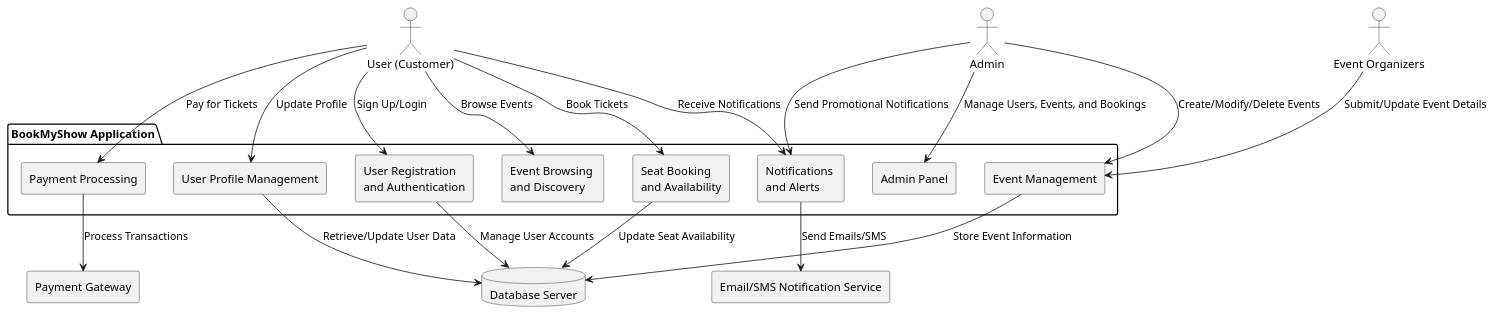
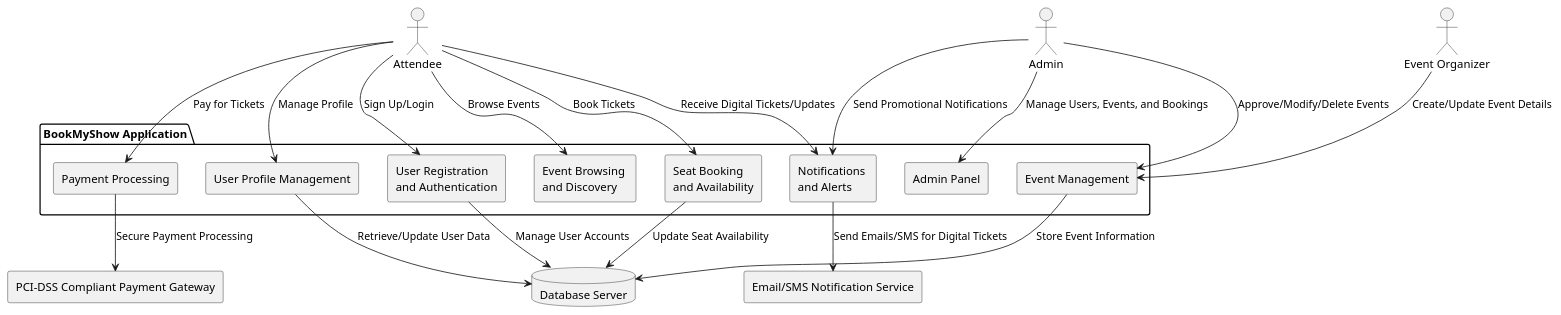
One commit to IIITLucknowSWEngg/CSITTeam012 changed the first of 4 diagrams in Assignment 02/Architecture.md. Above: the diagram before and after it, drawn with PlantUML. The commit also changed other lines of this file, not shown here.

````diff
--- a/Assignment 02/Architecture.md
+++ b/Assignment 02/Architecture.md
@@ -13,52 +13,52 @@
 ```plantuml
 @startuml
 
 ' External Actors
-actor "User (Customer)" as User
+actor "Attendee" as Attendee
 actor "Admin" as Admin
-actor "Event Organizers" as EventOrganizer
+actor "Event Organizer" as EventOrganizer
 
 ' External Systems
-rectangle "Payment Gateway" as PaymentGateway
+rectangle "PCI-DSS Compliant Payment Gateway" as PaymentGateway
 rectangle "Email/SMS Notification Service" as NotificationService
 database "Database Server" as Database
 
 ' System Boundary: BookMyShow
 package "BookMyShow Application" {
 
     ' Subsystems
     rectangle "User Registration \nand Authentication" as Registration
     rectangle "Event Browsing \nand Discovery" as EventBrowsing
     rectangle "Seat Booking \nand Availability" as SeatBooking
     rectangle "Payment Processing" as PaymentProcessing
     rectangle "Admin Panel" as AdminPanel
     rectangle "Notifications \nand Alerts" as Notifications
     rectangle "Event Management" as EventManagement
     rectangle "User Profile Management" as UserProfile
 }
 
 ' Relationships between actors and system components
-User --> Registration : Sign Up/Login
-User --> EventBrowsing : Browse Events
-User --> SeatBooking : Book Tickets
-User --> PaymentProcessing : Pay for Tickets
-User --> Notifications : Receive Notifications
-User --> UserProfile : Update Profile
+Attendee --> Registration : Sign Up/Login
+Attendee --> EventBrowsing : Browse Events
+Attendee --> SeatBooking : Book Tickets
+Attendee --> PaymentProcessing : Pay for Tickets
+Attendee --> Notifications : Receive Digital Tickets/Updates
+Attendee --> UserProfile : Manage Profile
 
 Admin --> AdminPanel : Manage Users, Events, and Bookings
-Admin --> EventManagement : Create/Modify/Delete Events
+Admin --> EventManagement : Approve/Modify/Delete Events
 Admin --> Notifications : Send Promotional Notifications
 
-EventOrganizer --> EventManagement : Submit/Update Event Details
+EventOrganizer --> EventManagement : Create/Update Event Details
 
 ' External System Interactions
 EventManagement --> Database : Store Event Information
 SeatBooking --> Database : Update Seat Availability
 Registration --> Database : Manage User Accounts
 UserProfile --> Database : Retrieve/Update User Data
 
-PaymentProcessing --> PaymentGateway : Process Transactions
-Notifications --> NotificationService : Send Emails/SMS
+PaymentProcessing --> PaymentGateway : Secure Payment Processing
+Notifications --> NotificationService : Send Emails/SMS for Digital Tickets
 
 @enduml
 ```
````
